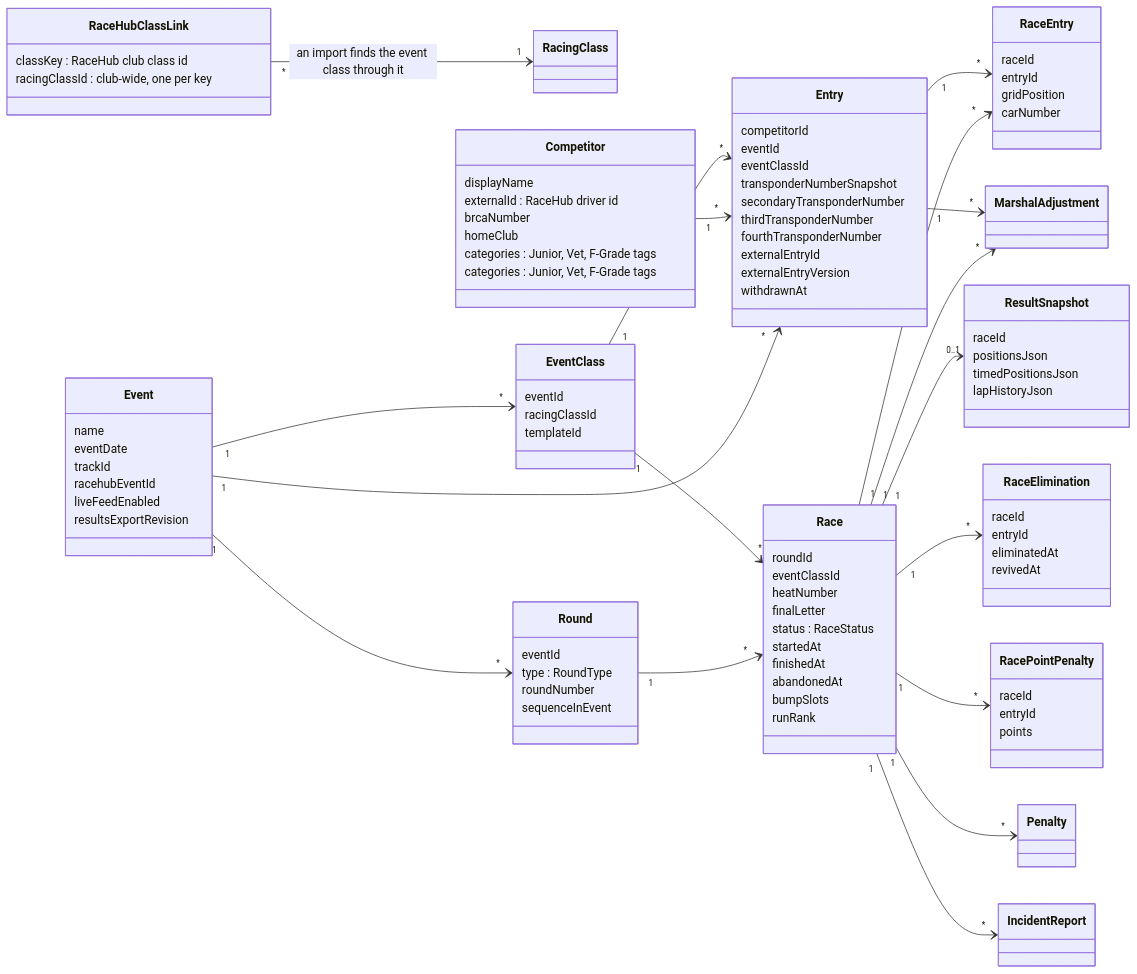
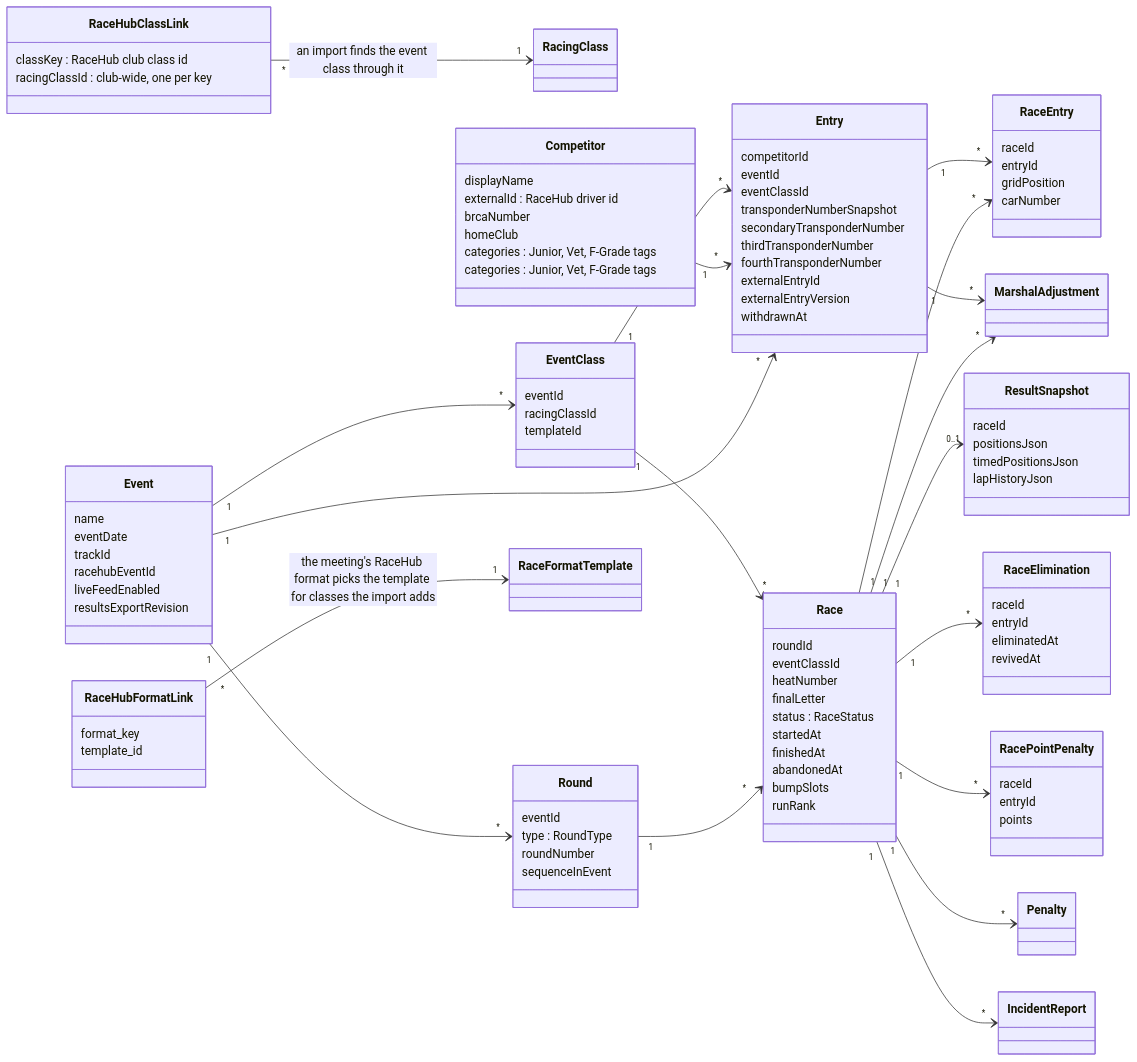
The first of 3 diagrams in docs/developer/domain-model.md (RCRaceHub/RCTimingControl), drawn with Mermaid before and after one commit. The commit also changed 39 other files, not shown here.

First line of the commit message:
Link a RaceHub meeting's race format to an RCTC format (#756)

```diff
--- a/docs/developer/domain-model.md
+++ b/docs/developer/domain-model.md
@@ -20,6 +20,10 @@
         eventId
         racingClassId
         templateId
+    }
+    class RaceHubFormatLink {
+        format_key
+        template_id
     }
     class RaceHubClassLink {
         classKey : RaceHub club class id
@@ -92,6 +96,7 @@
 
     Event "1" --> "*" EventClass
     RaceHubClassLink "*" --> "1" RacingClass : an import finds the event class through it
+    RaceHubFormatLink "*" --> "1" RaceFormatTemplate : the meeting's RaceHub format picks the template for classes the import adds
     Event "1" --> "*" Round
     Event "1" --> "*" Entry
     Competitor "1" --> "*" Entry
```
